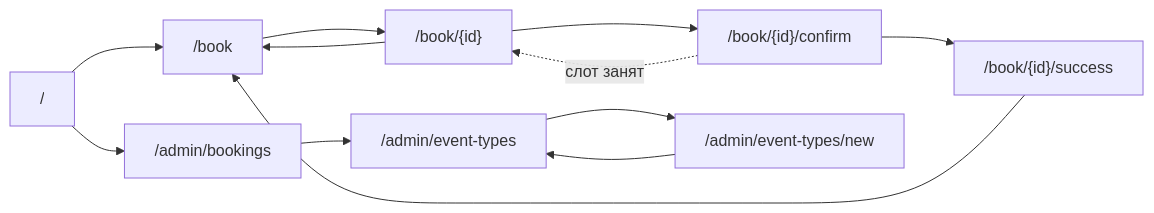
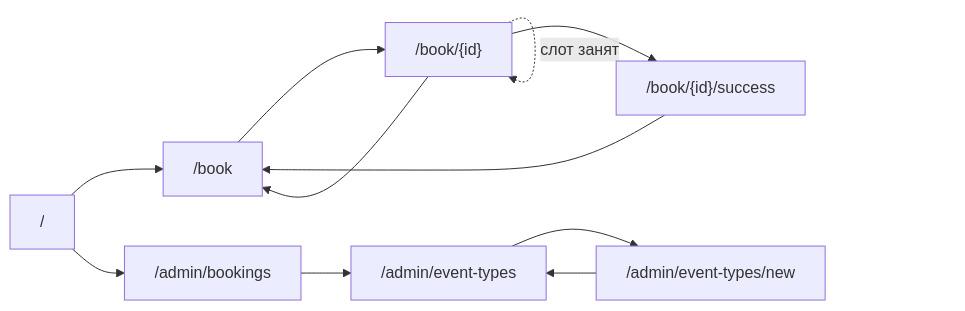
The third of 3 diagrams in docs/SPECIFICATION.md (ivveta/ai-for-developers-project-386), drawn with Mermaid before and after one commit. The commit also changed other lines of this file and 6 other files, not shown here.

````diff
--- a/docs/SPECIFICATION.md
+++ b/docs/SPECIFICATION.md
@@ -379,15 +370,14 @@
 ```mermaid
 flowchart LR
     Home["/"] --> Catalog["/book"]
     Catalog --> Slots["/book/{id}"]
-    Slots --> Confirm["/book/{id}/confirm"]
-    Confirm --> Success["/book/{id}/success"]
-    Confirm -. "слот занят" .-> Slots
+    Slots --> Success["/book/{id}/success"]
+    Slots -. "слот занят" .-> Slots
     Slots --> Catalog
     Success --> Catalog
 
     Home --> Admin["/admin/bookings"]
     Admin --> Types["/admin/event-types"]
     Types --> NewType["/admin/event-types/new"]
     NewType --> Types
 ```
````
